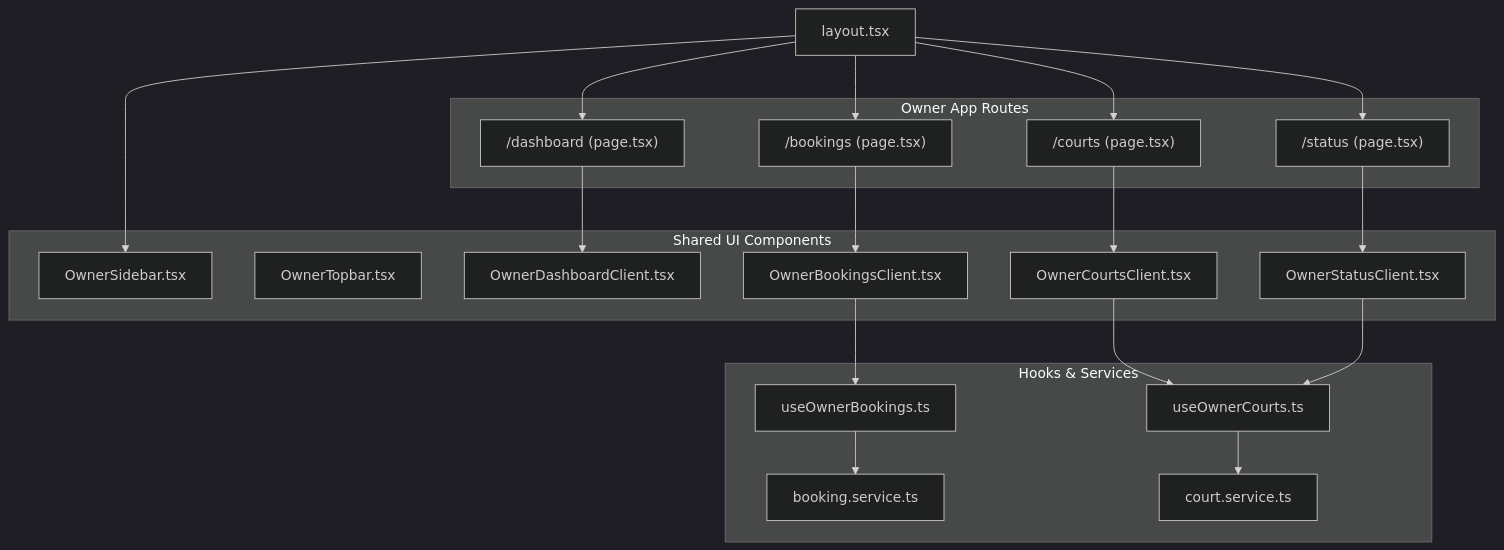
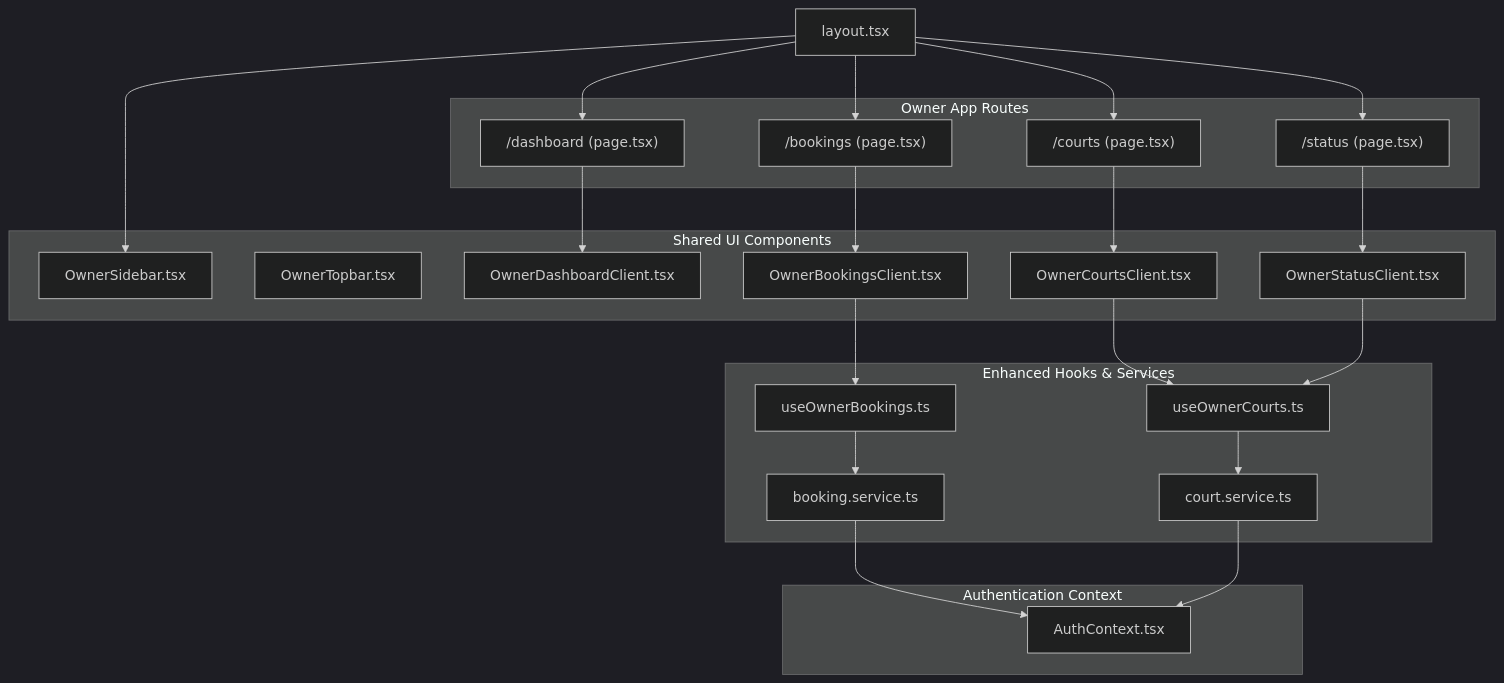
One commit to nguyencongtrung2001/Do-An changed the first of 9 diagrams in .qoder/repowiki/en/content/Feature Components & UI/Owner Dashboard UI.md. Above: the diagram before and after it, drawn with Mermaid (dark theme). The commit also changed other lines of this file and 12 other files, not shown here.

````diff
--- a/.qoder/repowiki/en/content/Feature Components & UI/Owner Dashboard UI.md
+++ b/.qoder/repowiki/en/content/Feature Components & UI/Owner Dashboard UI.md
@@ -41,38 +52,43 @@
 ```mermaid
 graph TB
 subgraph "Owner App Routes"
 D["/dashboard (page.tsx)"]
 B["/bookings (page.tsx)"]
 C["/courts (page.tsx)"]
 S["/status (page.tsx)"]
 end
 subgraph "Shared UI Components"
 SB["OwnerSidebar.tsx"]
 OT["OwnerTopbar.tsx"]
 ODC["OwnerDashboardClient.tsx"]
 OBC["OwnerBookingsClient.tsx"]
 OCC["OwnerCourtsClient.tsx"]
 OSC["OwnerStatusClient.tsx"]
 end
-subgraph "Hooks & Services"
+subgraph "Enhanced Hooks & Services"
 UOB["useOwnerBookings.ts"]
 UOC["useOwnerCourts.ts"]
 BS["booking.service.ts"]
 CS["court.service.ts"]
+end
+subgraph "Authentication Context"
+AC["AuthContext.tsx"]
 end
 L["layout.tsx"]
 L --> SB
 L --> D
 L --> B
 L --> C
 L --> S
 D --> ODC
 B --> OBC
 C --> OCC
 S --> OSC
 OBC --> UOB
 OCC --> UOC
 OSC --> UOC
 UOB --> BS
 UOC --> CS
+BS --> AC
+CS --> AC
 ```
````
